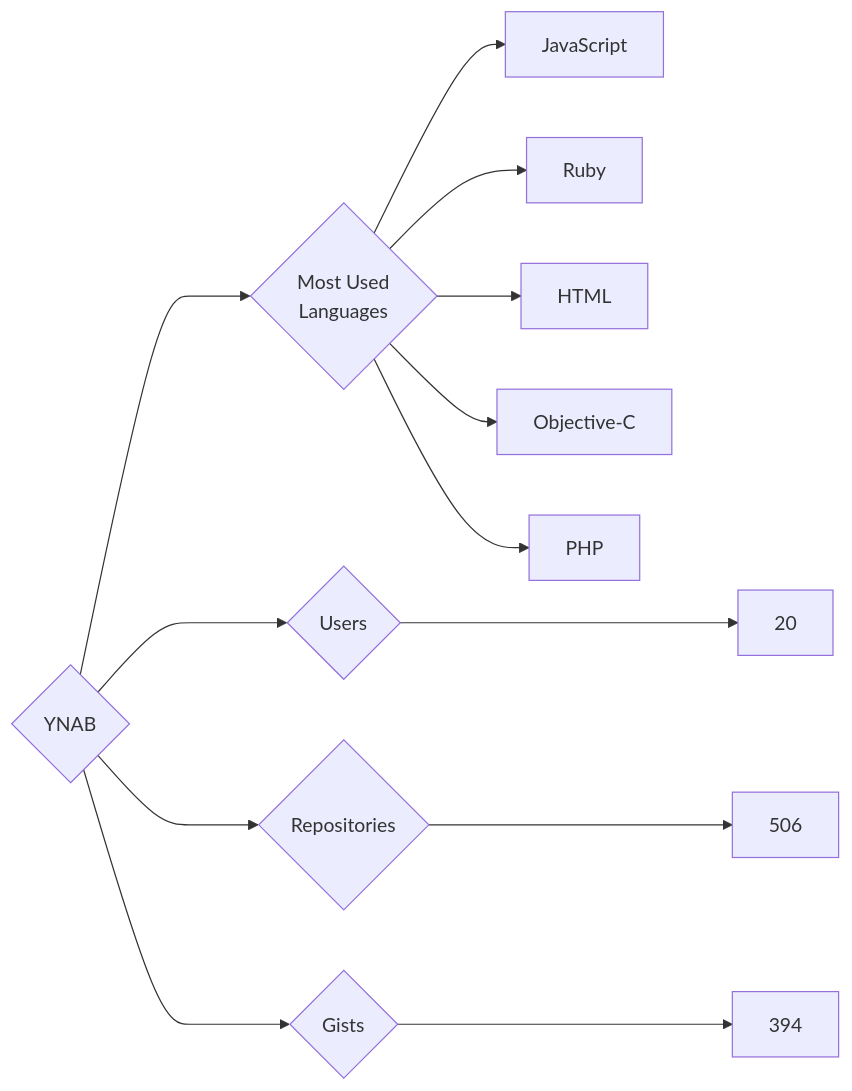
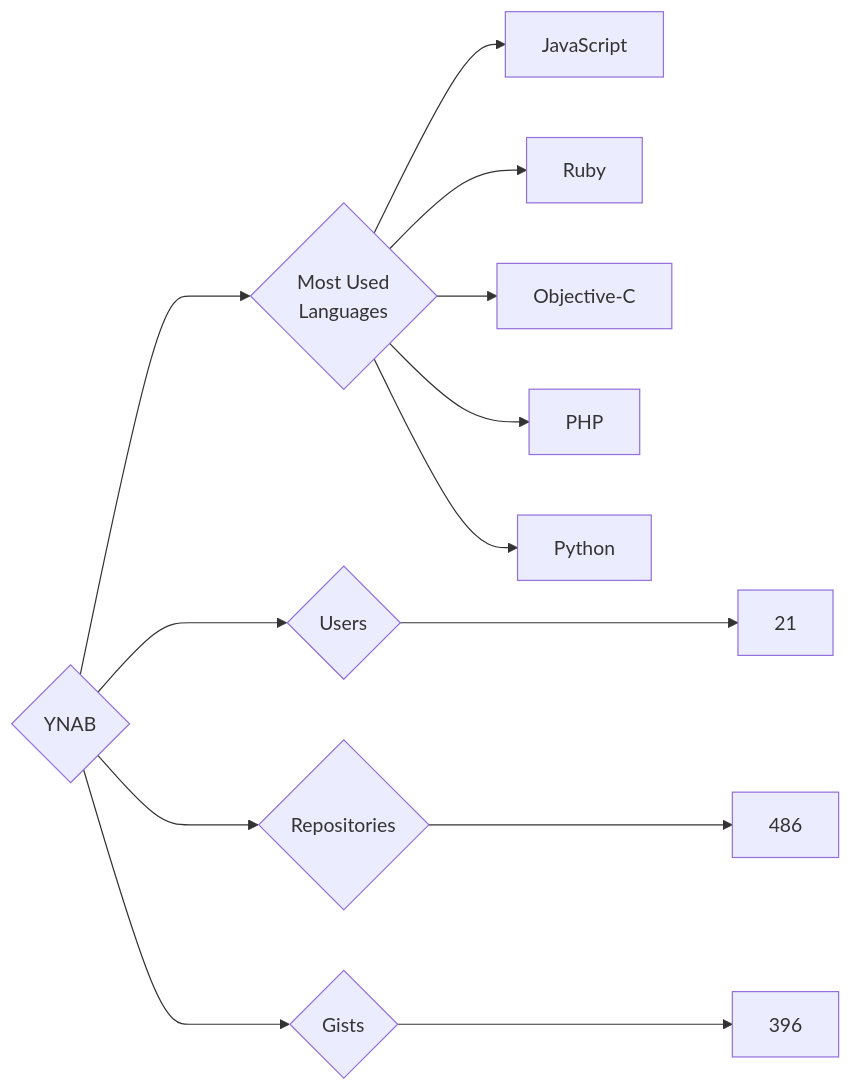
Before and after one commit to trickest/insiders: the diagram in targets/YNAB/README.md, drawn with Mermaid. The commit also changed 1484 other files, not shown here.

````diff
--- a/targets/YNAB/README.md
+++ b/targets/YNAB/README.md
@@ -3,13 +3,13 @@
 ```mermaid
 graph LR
 COMPANY_NAME{YNAB}
-COMPANY_NAME ---> U{Users} ---> UN[20]
-COMPANY_NAME ---> R{Repositories} ---> RN[506]
-COMPANY_NAME ---> G{Gists} ---> GN[394]
+COMPANY_NAME ---> U{Users} ---> UN[21]
+COMPANY_NAME ---> R{Repositories} ---> RN[486]
+COMPANY_NAME ---> G{Gists} ---> GN[396]
 COMPANY_NAME ---> ML{Most Used<br>Languages}
 ML --> JavaScript[JavaScript]
 ML --> Ruby[Ruby]
-ML --> HTML[HTML]
 ML --> Objective-C[Objective-C]
 ML --> PHP[PHP]
+ML --> Python[Python]
 ```
````
